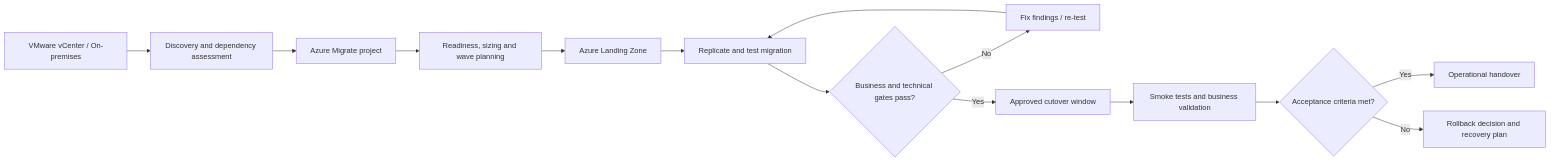
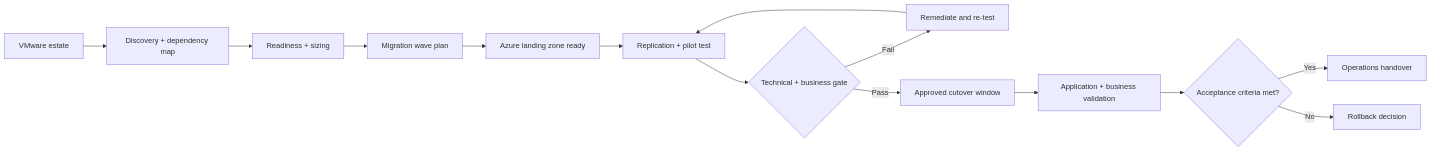
The diagram in README.md (haqueamir70-coder/azure-vmware-cloud-migration-factory), drawn with Mermaid before and after one commit. The commit also changed other lines of this file, not shown here.

Commit message:
Redesign project README as an engineering landing page

````diff
--- a/README.md
+++ b/README.md
@@ -28,16 +37,16 @@
 ```mermaid
 flowchart LR
-  A[VMware vCenter / On-premises] --> B[Discovery and dependency assessment]
-  B --> C[Azure Migrate project]
-  C --> D[Readiness, sizing and wave planning]
-  D --> E[Azure Landing Zone]
-  E --> F[Replicate and test migration]
-  F --> G{Business and technical gates pass?}
-  G -- No --> H[Fix findings / re-test]
-  H --> F
-  G -- Yes --> I[Approved cutover window]
-  I --> J[Smoke tests and business validation]
-  J --> K{Acceptance criteria met?}
-  K -- Yes --> L[Operational handover]
-  K -- No --> M[Rollback decision and recovery plan]
+  Source[VMware estate] --> Discover[Discovery + dependency map]
+  Discover --> Assess[Readiness + sizing]
+  Assess --> Wave[Migration wave plan]
+  Wave --> Landing[Azure landing zone ready]
+  Landing --> Pilot[Replication + pilot test]
+  Pilot --> Gate{Technical + business gate}
+  Gate -->|Fail| Remediate[Remediate and re-test]
+  Remediate --> Pilot
+  Gate -->|Pass| Cutover[Approved cutover window]
+  Cutover --> Verify[Application + business validation]
+  Verify --> Accept{Acceptance criteria met?}
+  Accept -->|Yes| Handover[Operations handover]
+  Accept -->|No| Rollback[Rollback decision]
 ```
````
